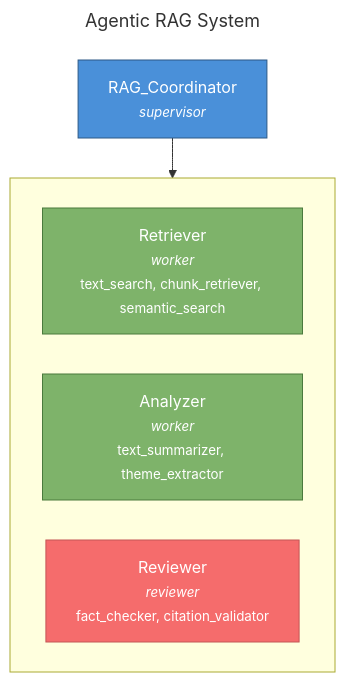
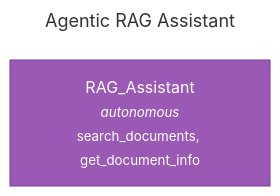
One commit to milad-o/agenticflow changed the diagram in examples/diagrams/7_agentic_rag.mmd. Above: the diagram before and after it, drawn with Mermaid. The commit also changed 7 other files, not shown here.

```diff
--- a/examples/diagrams/7_agentic_rag.mmd
+++ b/examples/diagrams/7_agentic_rag.mmd
@@ -1,26 +1,18 @@
 ---
-title: Agentic RAG System
+title: Agentic RAG Assistant
 config:
   theme: default
   flowchart:
     curve: basis
     nodeSpacing: 40
     rankSpacing: 40
 ---
 flowchart TD
-    RAG_Coordinator["RAG_Coordinator<br/><small><i>supervisor</i></small>"]:::super
+    RAG_Assistant["RAG_Assistant<br/><small><i>autonomous</i></small><br/><small>search_documents, get_document_info</small>"]:::auto
 
-    subgraph Workers[" "]
-        direction LR
-        Retriever["Retriever<br/><small><i>worker</i></small><br/><small>text_search, chunk_retriever, semantic_search</small>"]:::work
-        Analyzer["Analyzer<br/><small><i>worker</i></small><br/><small>text_summarizer, theme_extractor</small>"]:::work
-        Reviewer["Reviewer<br/><small><i>reviewer</i></small><br/><small>fact_checker, citation_validator</small>"]:::review
-    end
-
-    RAG_Coordinator --> Workers
-
+    classDef super fill:#4a90d9,stroke:#2d5986,color:#fff
     classDef work fill:#7eb36a,stroke:#4a7a3d,color:#fff
-    classDef super fill:#4a90d9,stroke:#2d5986,color:#fff
     classDef auto fill:#9b59b6,stroke:#7b3a96,color:#fff
     classDef review fill:#f56c6c,stroke:#c45656,color:#fff
     classDef tool fill:#f5f5f5,stroke:#999,color:#333
+    classDef config fill:#fff3e0,stroke:#ff9800,color:#333,stroke-dasharray:3
```
